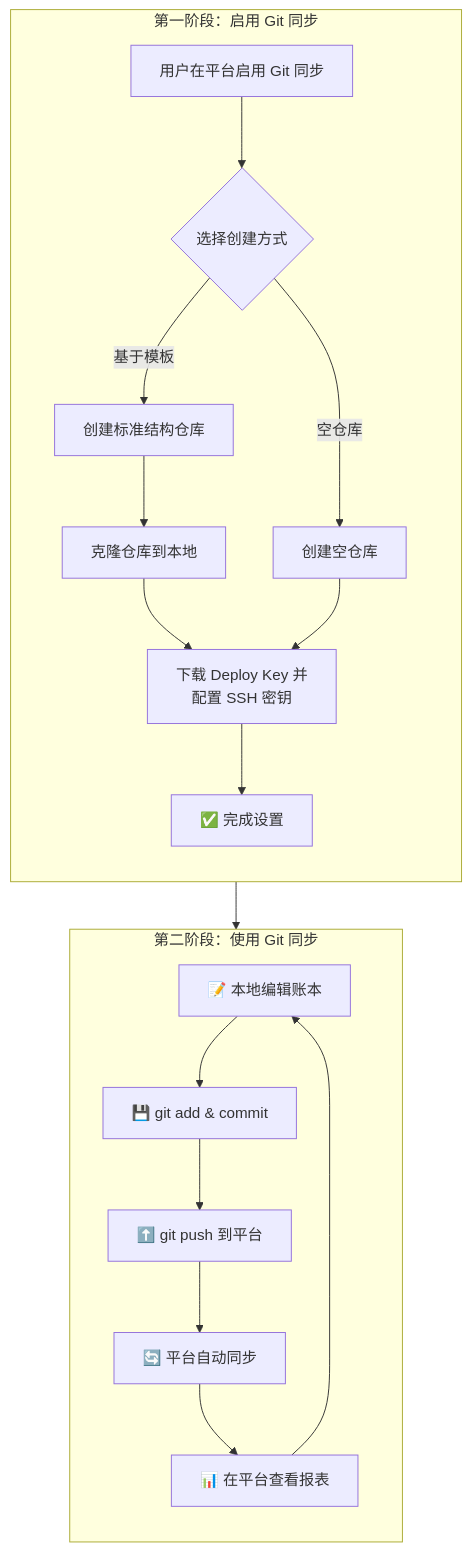
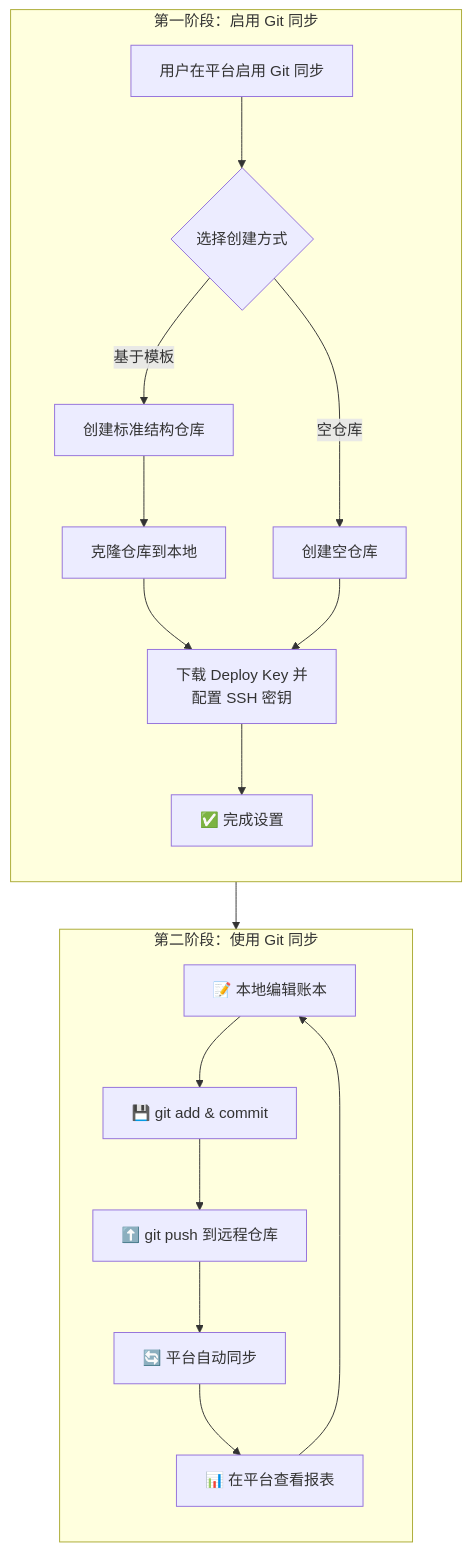
Before and after one commit to dhr2333/Beancount-Trans-Docs: the diagram in docs/02-用户指南/07-Git同步.md, drawn with Mermaid. The commit also changed other lines of this file, not shown here.

Commit message:
docs: refine Git synchronization documentation with updated instructions and clarifications

````diff
--- a/docs/02-用户指南/07-Git同步.md
+++ b/docs/02-用户指南/07-Git同步.md
@@ -28,24 +28,24 @@
 ```mermaid
 flowchart TD
     subgraph A[第一阶段：启用 Git 同步]
         direction TB
         A1[用户在平台启用 Git 同步] --> A2{选择创建方式}
         A2 -->|基于模板| A3[创建标准结构仓库]
         A3 --> A4[克隆仓库到本地]
         A2 -->|空仓库| A5[创建空仓库]
         A4 --> A6[下载 Deploy Key 并 <br> 配置 SSH 密钥]
         A5 --> A6
         A6 --> A7[✅ 完成设置]
     end
 
     subgraph B[第二阶段：使用 Git 同步]
         direction TB
         B1[📝 本地编辑账本] --> B2[💾 git add & commit]
-        B2 --> B3[⬆️ git push 到平台]
+        B2 --> B3[⬆️ git push 到远程仓库]
         B3 --> B4[🔄 平台自动同步]
         B4 --> B5[📊 在平台查看报表]
     end
 
     A7 --> B1
     B5 --> B1
 ```
````
